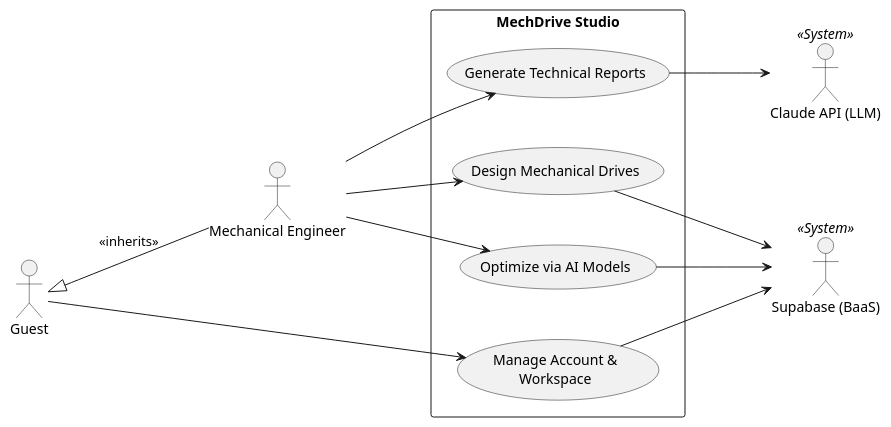
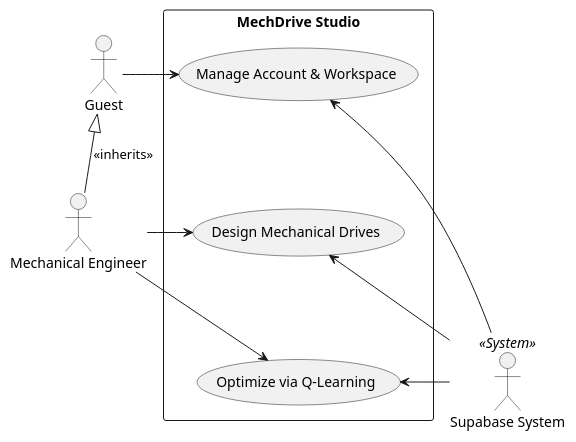
One commit to dvydinh/mechdrive changed the diagram in docs/uml/uc_high_level.puml. Above: the diagram before and after it, drawn with PlantUML. The commit also changed 14 other files, not shown here.

```diff
--- a/docs/uml/uc_high_level.puml
+++ b/docs/uml/uc_high_level.puml
@@ -1,32 +1,27 @@
 @startuml
-left to right direction
 skinparam packageStyle rectangle
-skinparam nodesep 50
-skinparam ranksep 100
-skinparam wrapWidth 200
 
 actor "Guest" as guest
 actor "Mechanical Engineer" as eng
-actor "Supabase (BaaS)" as supa << System >>
-actor "Claude API (LLM)" as claude << System >>
+actor "Supabase System" as supa << System >>
 
 package "MechDrive Studio" {
   usecase "Manage Account & Workspace" as UC1
   usecase "Design Mechanical Drives" as UC2
-  usecase "Optimize via AI Models" as UC3
-  usecase "Generate Technical Reports" as UC4
+  usecase "Optimize via Q-Learning" as UC3
 }
 
-eng -up-|> guest : <<inherits>>
+UC1 -[hidden]down-> UC2
+UC2 -[hidden]down-> UC3
 
-guest --> UC1
-eng --> UC2
-eng --> UC3
-eng --> UC4
+guest <|- eng : <<inherits>>
 
-UC1 --> supa
-UC2 --> supa
-UC3 --> supa
-UC4 --> claude
+guest -right-> UC1
+eng -right-> UC2
+eng -right-> UC3
+
+supa -left-> UC1
+supa -left-> UC2
+supa -left-> UC3
 
 @enduml
```
